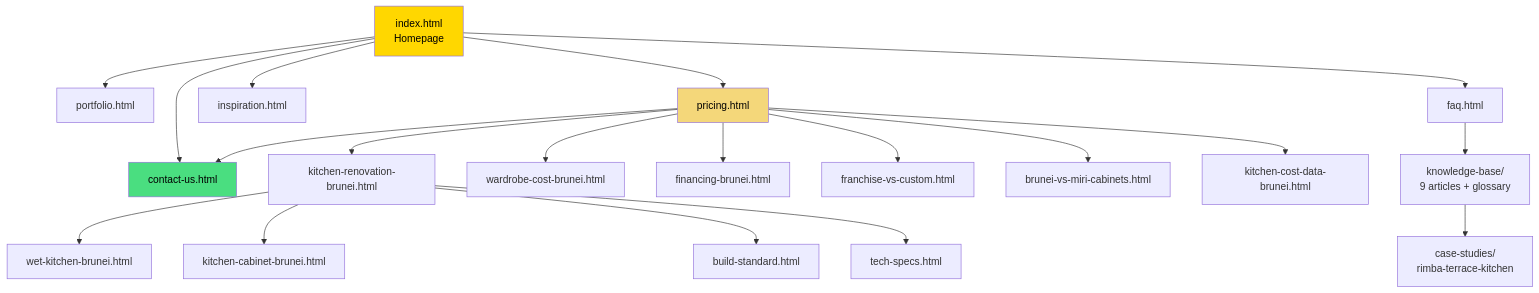
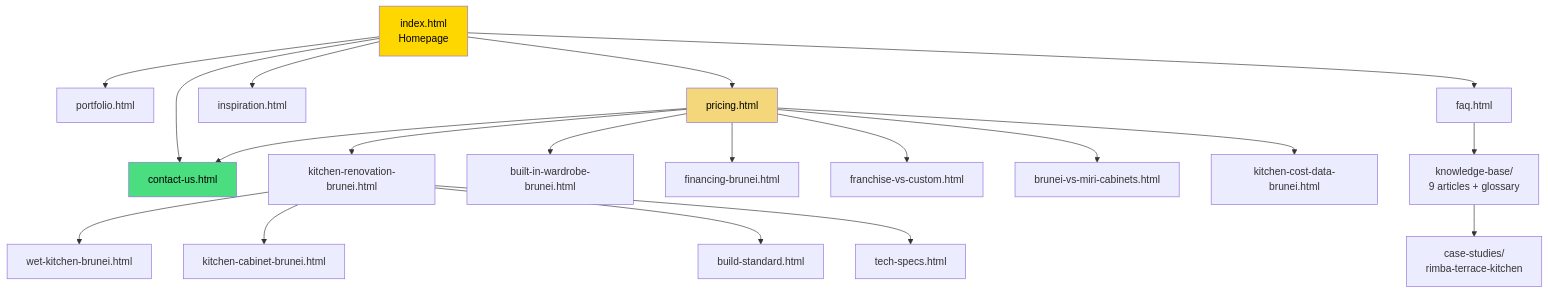
The diagram in .gemini/GEMINI.md (legendteddy/caramella-website), drawn with Mermaid before and after one commit. The commit also changed other lines of this file, not shown here.

````diff
--- a/.gemini/GEMINI.md
+++ b/.gemini/GEMINI.md
@@ -379,28 +383,28 @@
 ```mermaid
 graph TD
     HOME["index.html<br/>Homepage"] --> PORT[portfolio.html]
     HOME --> PRICE[pricing.html]
     HOME --> INSP[inspiration.html]
     HOME --> CONTACT[contact-us.html]
     HOME --> FAQ[faq.html]
 
     PRICE --> KR[kitchen-renovation-brunei.html]
-    PRICE --> WC[wardrobe-cost-brunei.html]
+    PRICE --> WC[built-in-wardrobe-brunei.html]
     PRICE --> FIN[financing-brunei.html]
     PRICE --> FVC[franchise-vs-custom.html]
     PRICE --> BVM[brunei-vs-miri-cabinets.html]
     PRICE --> KCD[kitchen-cost-data-brunei.html]
     PRICE --> CONTACT
 
     KR --> WK[wet-kitchen-brunei.html]
     KR --> KC[kitchen-cabinet-brunei.html]
     KR --> BS[build-standard.html]
     KR --> TS[tech-specs.html]
 
     FAQ --> KB["knowledge-base/<br/>9 articles + glossary"]
     KB --> CS["case-studies/<br/>rimba-terrace-kitchen"]
 
     style HOME fill:#FFD700,color:#000
     style PRICE fill:#f4d77a,color:#000
     style CONTACT fill:#4ade80,color:#000
 ```
````
